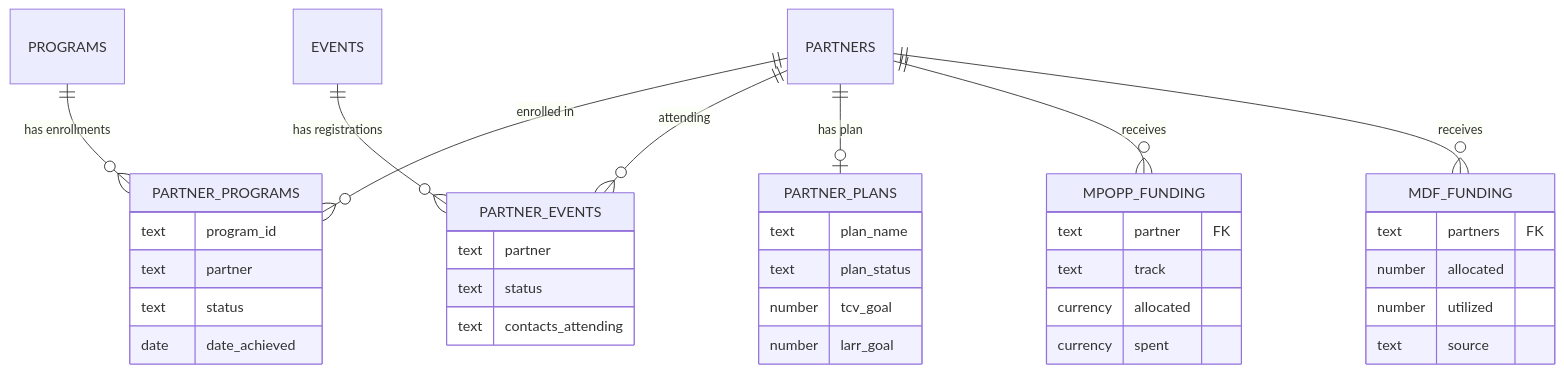
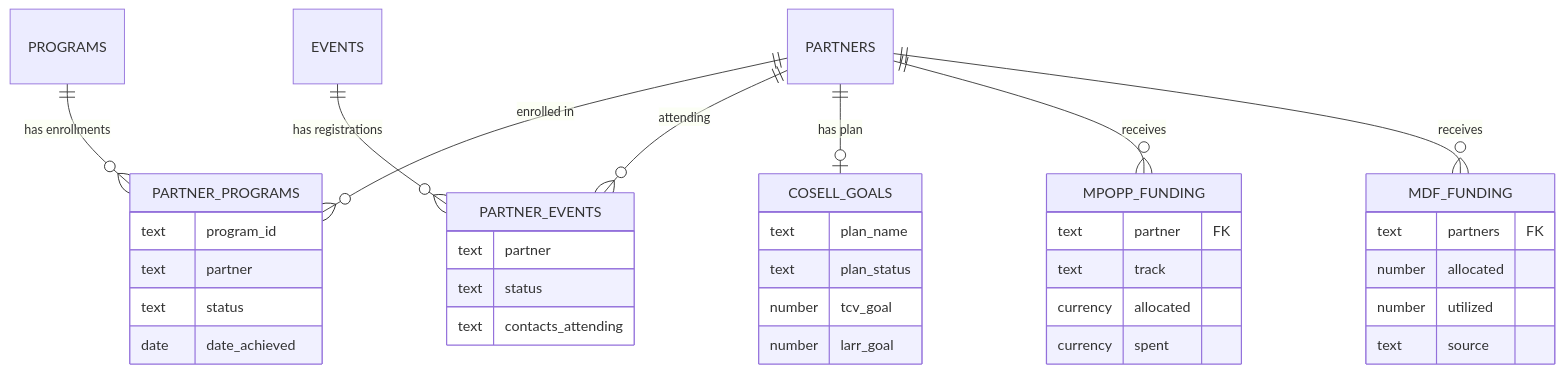
One commit to zingozingo/roadrunner changed the fifth of 5 diagrams in docs/entity-model.md. Above: the diagram before and after it, drawn with Mermaid. The commit also changed other lines of this file and 3 other files, not shown here.

````diff
--- a/docs/entity-model.md
+++ b/docs/entity-model.md
@@ -721,40 +722,40 @@
 ```mermaid
 erDiagram
     PARTNERS ||--o{ PARTNER_PROGRAMS : "enrolled in"
     PROGRAMS ||--o{ PARTNER_PROGRAMS : "has enrollments"
     PARTNERS ||--o{ PARTNER_EVENTS : "attending"
     EVENTS ||--o{ PARTNER_EVENTS : "has registrations"
-    PARTNERS ||--o| PARTNER_PLANS : "has plan"
+    PARTNERS ||--o| COSELL_GOALS : "has plan"
     PARTNERS ||--o{ MPOPP_FUNDING : "receives"
     PARTNERS ||--o{ MDF_FUNDING : "receives"
 
     PARTNER_PROGRAMS {
         text program_id
         text partner
         text status
         date date_achieved
     }
     PARTNER_EVENTS {
         text partner
         text status
         text contacts_attending
     }
-    PARTNER_PLANS {
+    COSELL_GOALS {
         text plan_name
         text plan_status
         number tcv_goal
         number larr_goal
     }
     MPOPP_FUNDING {
         text partner FK
         text track
         currency allocated
         currency spent
     }
     MDF_FUNDING {
         text partners FK
         number allocated
         number utilized
         text source
     }
 ```
````
